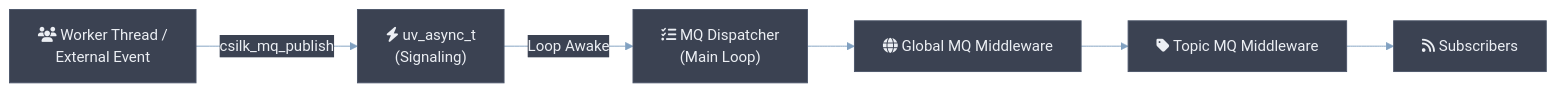
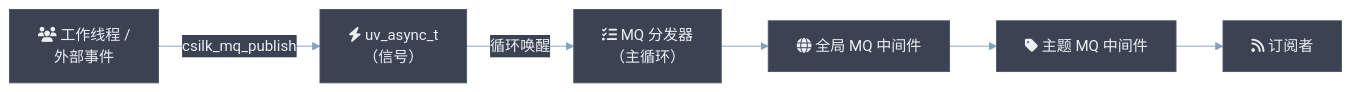
One commit to quintin-lee/csilk changed the eighth of 12 diagrams in docs/zh-CN/architecture.md. Above: the diagram before and after it, drawn with Mermaid. The commit also changed other lines of this file and 1 other file, not shown here.

Commit message:
docs(zh-CN): 📝 refine Chinese translations for architecture and getting-started

````diff
--- a/docs/zh-CN/architecture.md
+++ b/docs/zh-CN/architecture.md
@@ -466,30 +477,30 @@
 ```mermaid
 %%{init: {
   'theme': 'base',
   'themeVariables': {
     'background': '#2E3440',
     'primaryColor': '#81A1C1',
     'primaryBorderColor': '#4C566A',
     'primaryTextColor': '#ECEFF4',
     'secondaryColor': '#3B4252',
     'secondaryBorderColor': '#434C5E',
     'secondaryTextColor': '#D8DEE9',
     'lineColor': '#81A1C1',
     'textColor': '#ECEFF4',
     'mainBkg': '#3B4252',
     'nodeBorder': '#4C566A',
     'clusterBkg': '#2E3440',
     'clusterBorder': '#4C566A',
     'titleColor': '#ECEFF4',
     'edgeLabelBackground': '#3B4252',
     'nodeTextColor': '#ECEFF4'
   },
   'flowchart': {'htmlLabels': true, 'curve': 'basis'}
 }}%%
 graph LR
-    WT["fa:fa-users Worker Thread /<br/>External Event"] -- csilk_mq_publish --> ASYNC["fa:fa-bolt uv_async_t<br/>(Signaling)"]
-    ASYNC -- Loop Awake --> DISPATCH["fa:fa-tasks MQ Dispatcher<br/>(Main Loop)"]
-    DISPATCH --> GMW["fa:fa-globe Global MQ Middleware"]
-    GMW --> TMW["fa:fa-tag Topic MQ Middleware"]
-    TMW --> SUB["fa:fa-rss Subscribers"]
+    WT["fa:fa-users 工作线程 /<br/>外部事件"] -- csilk_mq_publish --> ASYNC["fa:fa-bolt uv_async_t<br/>（信号）"]
+    ASYNC -- 循环唤醒 --> DISPATCH["fa:fa-tasks MQ 分发器<br/>（主循环）"]
+    DISPATCH --> GMW["fa:fa-globe 全局 MQ 中间件"]
+    GMW --> TMW["fa:fa-tag 主题 MQ 中间件"]
+    TMW --> SUB["fa:fa-rss 订阅者"]
 ```
````
